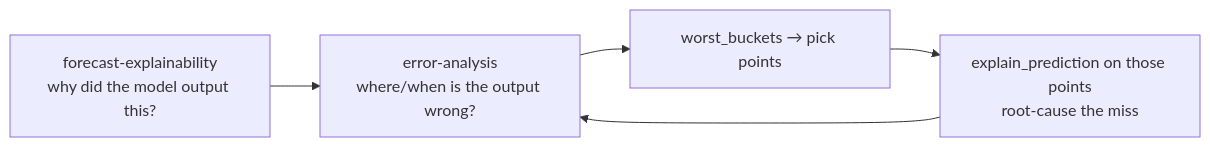
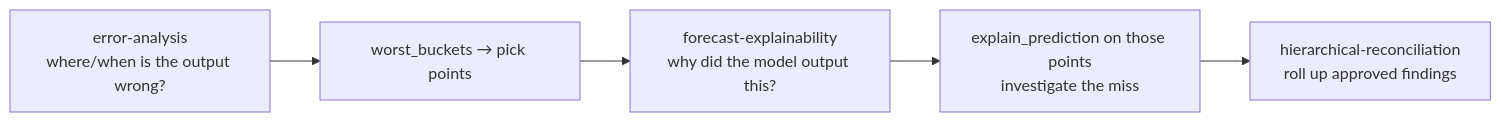
The diagram in .github/skills/error-analysis/SKILL.md (mmbellani/time-series-forecasting-accelerator-agent), drawn with Mermaid before and after one commit. The commit also changed other lines of this file and 30 other files, not shown here.

````diff
--- a/.github/skills/error-analysis/SKILL.md
+++ b/.github/skills/error-analysis/SKILL.md
@@ -33,7 +33,7 @@
 ```mermaid
 flowchart LR
-    A[forecast-explainability<br/>why did the model output this?] --> B[error-analysis<br/>where/when is the output wrong?]
-    B --> C[worst_buckets → pick points]
-    C --> D[explain_prediction on those points<br/>root-cause the miss]
-    D --> B
+    A[error-analysis<br/>where/when is the output wrong?] --> B[worst_buckets → pick points]
+    B --> C[forecast-explainability<br/>why did the model output this?]
+    C --> D[explain_prediction on those points<br/>investigate the miss]
+    D --> E[hierarchical-reconciliation<br/>roll up approved findings]
 ```
````
